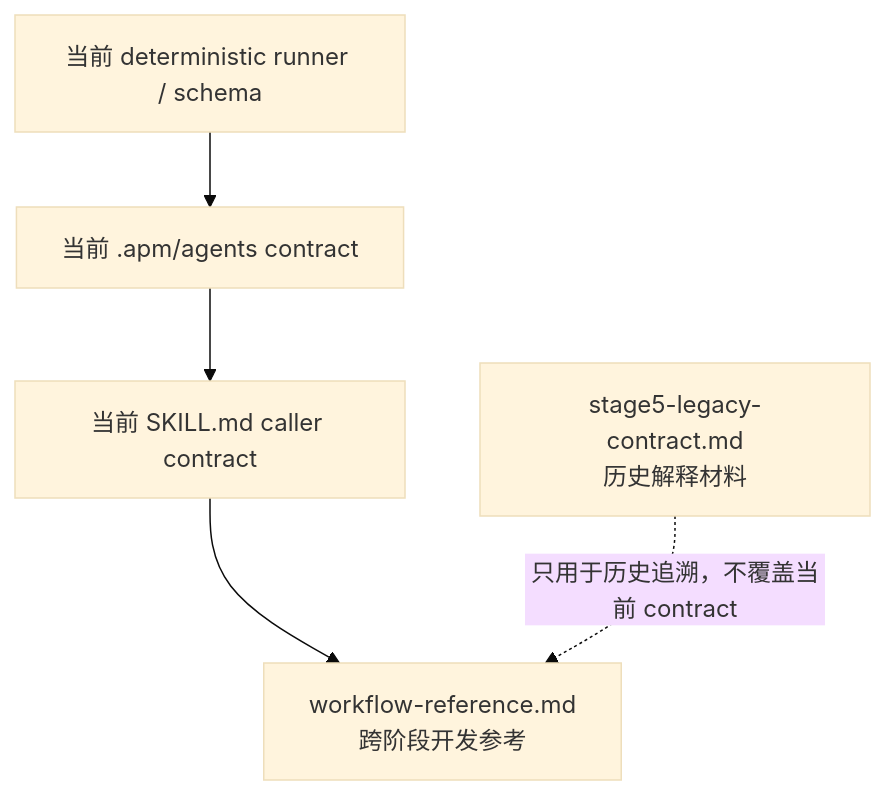
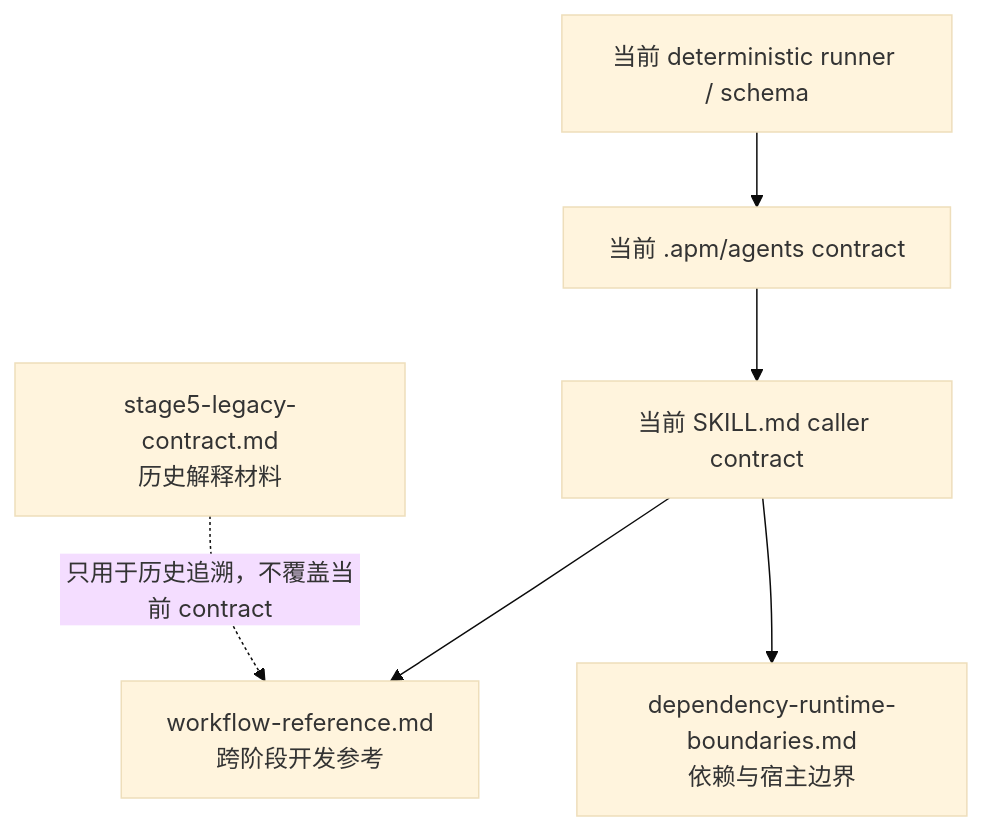
Before and after one commit to ScholarWorkflow/professor-contact: the diagram in .apm/skills/professor-contact/docs/README.md, drawn with Mermaid (base theme). The commit also changed other lines of this file, not shown here.

Commit message:
docs: index dependency runtime reference

````diff
--- a/.apm/skills/professor-contact/docs/README.md
+++ b/.apm/skills/professor-contact/docs/README.md
@@ -16,11 +17,13 @@
 ```mermaid
 flowchart TD
     RUNNER["当前 deterministic runner / schema"]
     AGENT["当前 .apm/agents contract"]
     SKILL["当前 SKILL.md caller contract"]
     REF["workflow-reference.md<br/>跨阶段开发参考"]
+    DEP["dependency-runtime-boundaries.md<br/>依赖与宿主边界"]
     LEGACY["stage5-legacy-contract.md<br/>历史解释材料"]
 
     RUNNER --> AGENT --> SKILL --> REF
+    SKILL --> DEP
     LEGACY -.->|"只用于历史追溯，不覆盖当前 contract"| REF
 ```
````
